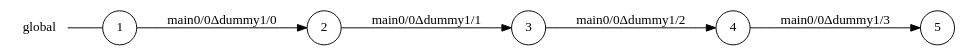
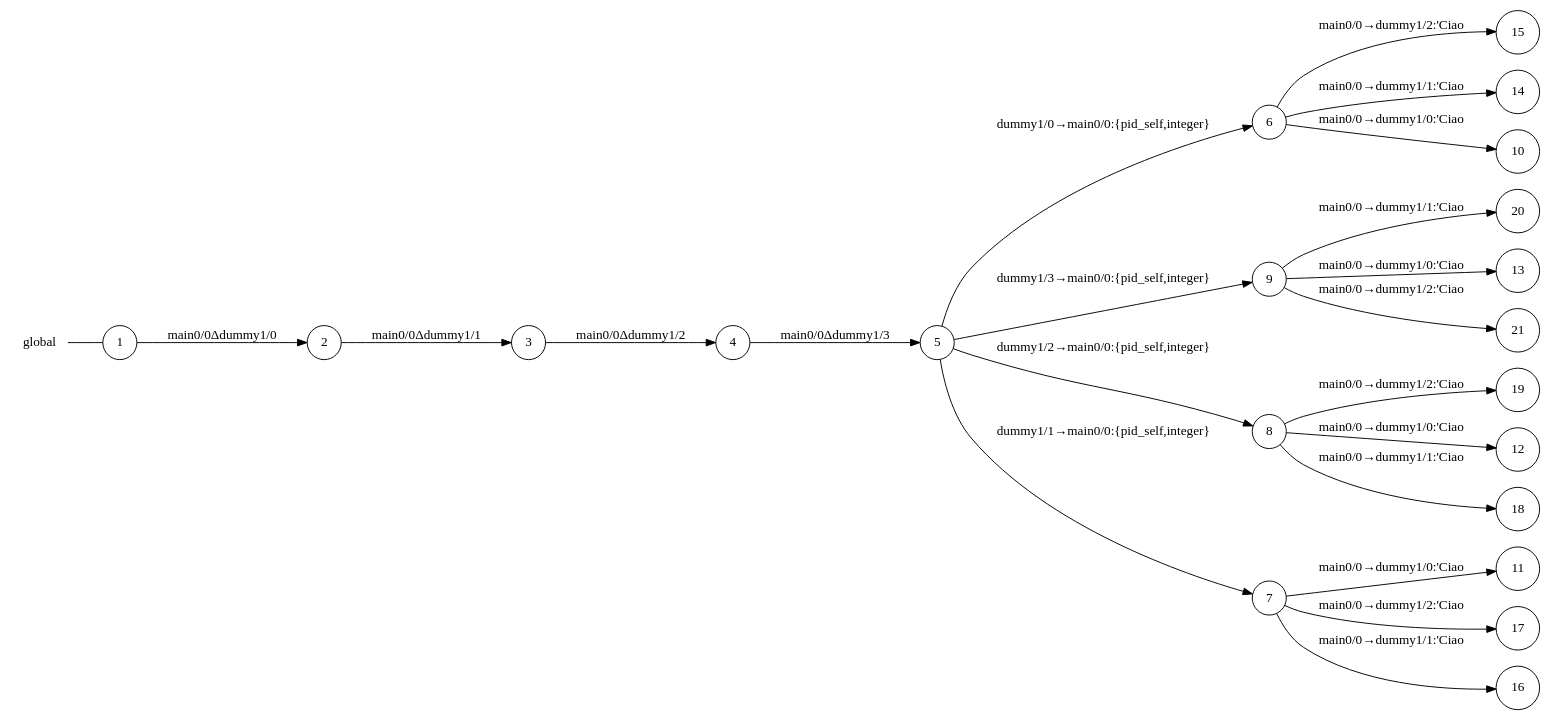
One commit to gabrielegenovese/chorer changed the diagram in examples/conditional-case/main0_global_view.dot. Above: the diagram before and after it, drawn with Graphviz. The commit also changed 63 other files, not shown here.

```diff
--- a/examples/conditional-case/main0_global_view.dot
+++ b/examples/conditional-case/main0_global_view.dot
@@ -1,15 +1,47 @@
 digraph global {
 	rankdir="LR";
 	n_0 [label="global", shape="plaintext"];
-	n_1 [id="5", shape=circle, label="4"];
-	n_2 [id="1", shape=circle, label="1"];
-	n_0 -> n_2 [arrowhead=none];
-	n_3 [id="2", shape=circle, label="2"];
-	n_4 [id="4", shape=circle, label="5"];
-	n_5 [id="3", shape=circle, label="3"];
+	n_1 [id="20", shape=circle, label="20"];
+	n_2 [id="5", shape=circle, label="5"];
+	n_3 [id="15", shape=circle, label="15"];
+	n_4 [id="19", shape=circle, label="19"];
+	n_5 [id="12", shape=circle, label="12"];
+	n_6 [id="11", shape=circle, label="11"];
+	n_7 [id="17", shape=circle, label="17"];
+	n_8 [id="18", shape=circle, label="18"];
+	n_9 [id="14", shape=circle, label="14"];
+	n_10 [id="6", shape=circle, label="6"];
+	n_11 [id="13", shape=circle, label="13"];
+	n_12 [id="10", shape=circle, label="10"];
+	n_13 [id="1", shape=circle, label="1"];
+	n_0 -> n_13 [arrowhead=none];
+	n_14 [id="9", shape=circle, label="9"];
+	n_15 [id="2", shape=circle, label="2"];
+	n_16 [id="21", shape=circle, label="21"];
+	n_17 [id="8", shape=circle, label="8"];
+	n_18 [id="4", shape=circle, label="4"];
+	n_19 [id="7", shape=circle, label="7"];
+	n_20 [id="3", shape=circle, label="3"];
+	n_21 [id="16", shape=circle, label="16"];
 
-	n_2 -> n_3 [id="[$e|0]", label="main0/0Δdummy1/0"];
-	n_1 -> n_4 [id="[$e|3]", label="main0/0Δdummy1/3"];
-	n_5 -> n_1 [id="[$e|2]", label="main0/0Δdummy1/2"];
-	n_3 -> n_5 [id="[$e|1]", label="main0/0Δdummy1/1"];
+	n_17 -> n_8 [id="[$e|16]", label="main0/0→dummy1/1:'Ciao"];
+	n_18 -> n_2 [id="[$e|3]", label="main0/0Δdummy1/3"];
+	n_10 -> n_12 [id="[$e|8]", label="main0/0→dummy1/0:'Ciao"];
+	n_20 -> n_18 [id="[$e|2]", label="main0/0Δdummy1/2"];
+	n_19 -> n_21 [id="[$e|14]", label="main0/0→dummy1/1:'Ciao"];
+	n_2 -> n_17 [id="[$e|6]", label="dummy1/2→main0/0:{pid_self,integer}"];
+	n_10 -> n_9 [id="[$e|12]", label="main0/0→dummy1/1:'Ciao"];
+	n_19 -> n_7 [id="[$e|15]", label="main0/0→dummy1/2:'Ciao"];
+	n_2 -> n_19 [id="[$e|5]", label="dummy1/1→main0/0:{pid_self,integer}"];
+	n_14 -> n_11 [id="[$e|11]", label="main0/0→dummy1/0:'Ciao"];
+	n_19 -> n_6 [id="[$e|9]", label="main0/0→dummy1/0:'Ciao"];
+	n_15 -> n_20 [id="[$e|1]", label="main0/0Δdummy1/1"];
+	n_2 -> n_10 [id="[$e|4]", label="dummy1/0→main0/0:{pid_self,integer}"];
+	n_14 -> n_1 [id="[$e|18]", label="main0/0→dummy1/1:'Ciao"];
+	n_10 -> n_3 [id="[$e|13]", label="main0/0→dummy1/2:'Ciao"];
+	n_17 -> n_4 [id="[$e|17]", label="main0/0→dummy1/2:'Ciao"];
+	n_13 -> n_15 [id="[$e|0]", label="main0/0Δdummy1/0"];
+	n_2 -> n_14 [id="[$e|7]", label="dummy1/3→main0/0:{pid_self,integer}"];
+	n_14 -> n_16 [id="[$e|19]", label="main0/0→dummy1/2:'Ciao"];
+	n_17 -> n_5 [id="[$e|10]", label="main0/0→dummy1/0:'Ciao"];
 }
```
